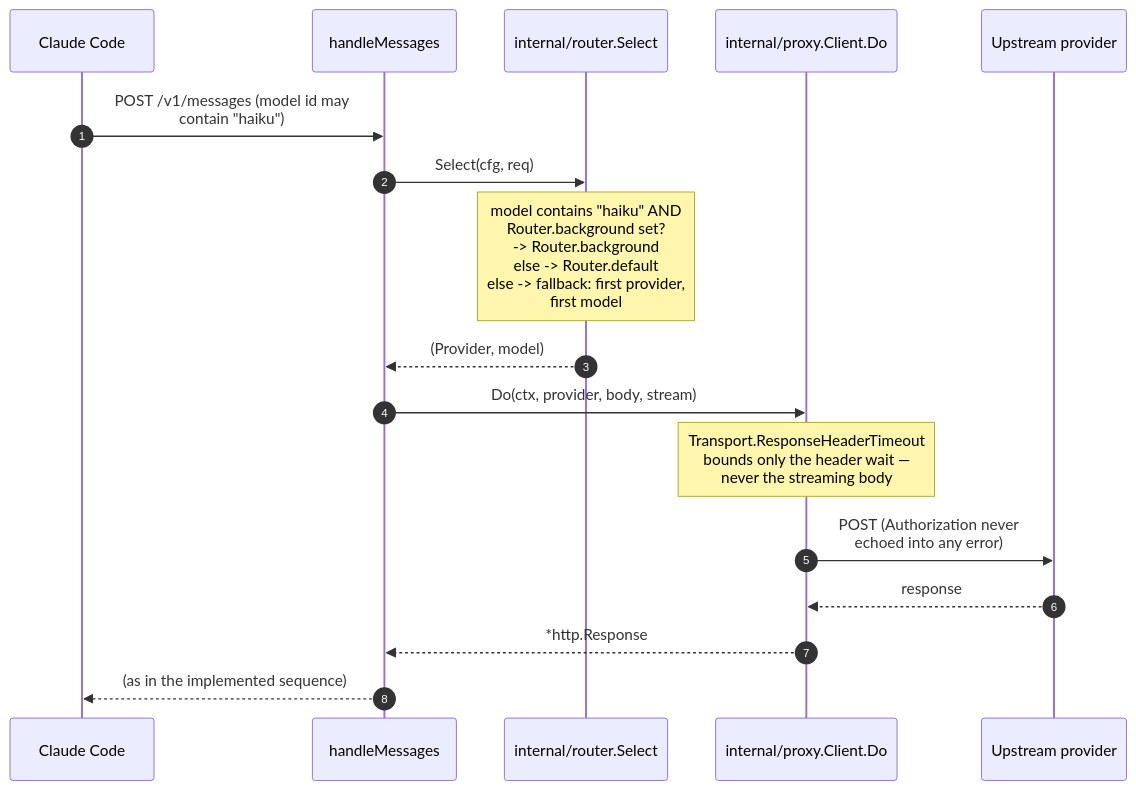
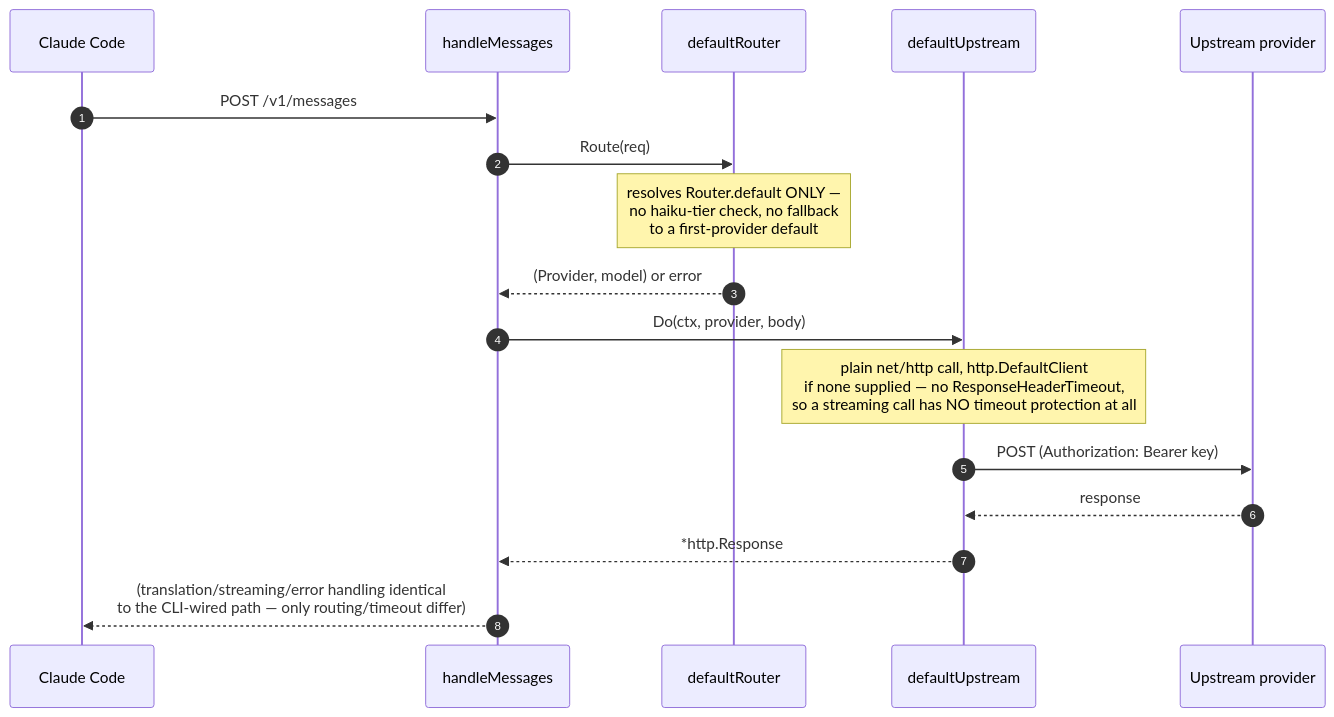
Before and after one commit to vasic-digital/claude-code-router: the third of 7 diagrams in docs/ARCHITECTURE.md, drawn with Mermaid. The commit also changed other lines of this file and 15 other files, not shown here.

First line of the commit message:
feat(router,proxy,gateway): close upstream GAPs — selector, fallback, outbound proxy, inbound auth

````diff
--- a/docs/ARCHITECTURE.md
+++ b/docs/ARCHITECTURE.md
@@ -107,20 +107,20 @@
 ```mermaid
 sequenceDiagram
     autonumber
     participant CC as Claude Code
     participant H as handleMessages
-    participant R as internal/router.Select
-    participant U as internal/proxy.Client.Do
+    participant R as defaultRouter
+    participant U as defaultUpstream
     participant P as Upstream provider
 
-    CC->>H: POST /v1/messages (model id may<br/>contain "haiku")
-    H->>R: Select(cfg, req)
-    Note over R: model contains "haiku" AND<br/>Router.background set?<br/>-> Router.background<br/>else -> Router.default<br/>else -> fallback: first provider,<br/>first model
-    R-->>H: (Provider, model)
-    H->>U: Do(ctx, provider, body, stream)
-    Note over U: Transport.ResponseHeaderTimeout<br/>bounds only the header wait —<br/>never the streaming body
-    U->>P: POST (Authorization never<br/>echoed into any error)
+    CC->>H: POST /v1/messages
+    H->>R: Route(req)
+    Note over R: resolves Router.default ONLY —<br/>no haiku-tier check, no fallback<br/>to a first-provider default
+    R-->>H: (Provider, model) or error
+    H->>U: Do(ctx, provider, body)
+    Note over U: plain net/http call, http.DefaultClient<br/>if none supplied — no ResponseHeaderTimeout,<br/>so a streaming call has NO timeout protection at all
+    U->>P: POST (Authorization: Bearer key)
     P-->>U: response
     U-->>H: *http.Response
-    H-->>CC: (as in the implemented sequence)
+    H-->>CC: (translation/streaming/error handling identical<br/>to the CLI-wired path — only routing/timeout differ)
 ```
````
